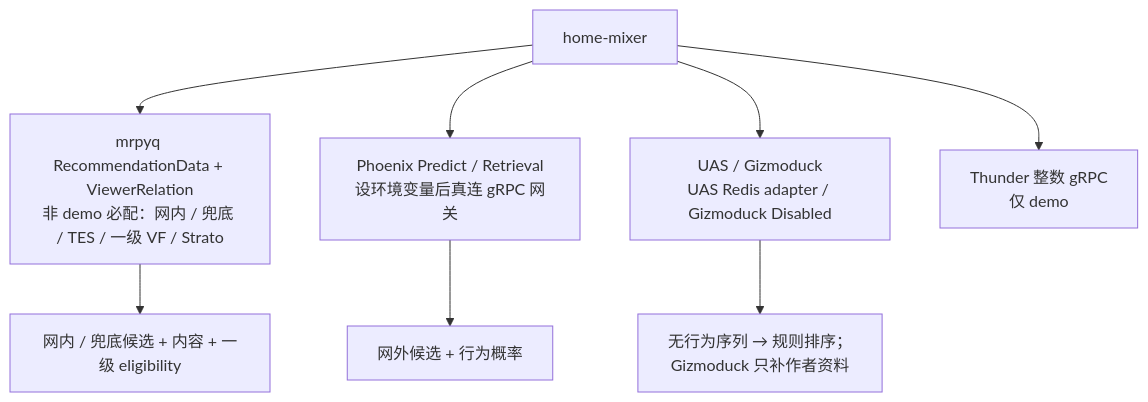
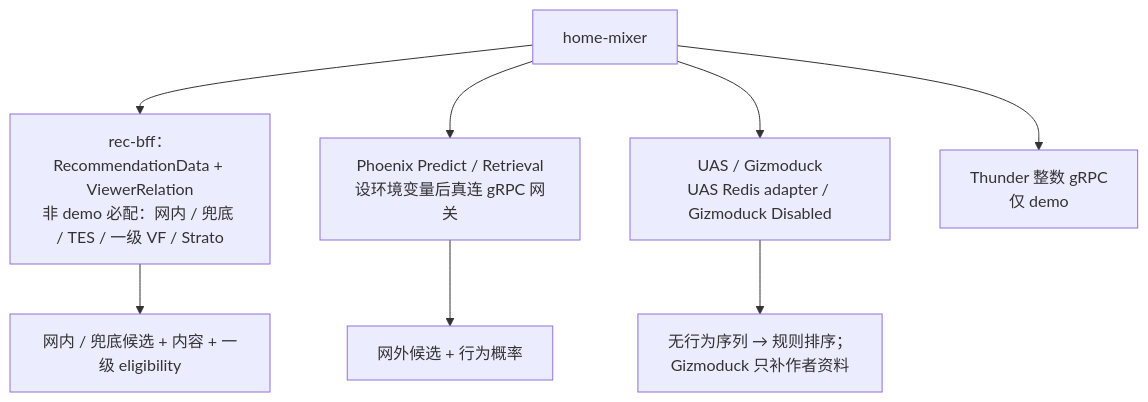
The third of 3 diagrams in docs/home-mixer/05-external-deps-and-contracts.md (freefcw/x-algorithm), drawn with Mermaid before and after one commit. The commit also changed other lines of this file and 9 other files, not shown here.

First line of the commit message:
docs: 对齐 rec-bff 门面架构与当日代码现状

````diff
--- a/docs/home-mixer/05-external-deps-and-contracts.md
+++ b/docs/home-mixer/05-external-deps-and-contracts.md
@@ -203,10 +205,10 @@
 ```mermaid
 flowchart TD
-    A["home-mixer"] --> M["mrpyq RecommendationData + ViewerRelation<br/>非 demo 必配：网内 / 兜底 / TES / 一级 VF / Strato"]
+    A["home-mixer"] --> M["rec-bff：RecommendationData + ViewerRelation<br/>非 demo 必配：网内 / 兜底 / TES / 一级 VF / Strato"]
     A --> P["Phoenix Predict / Retrieval<br/>设环境变量后真连 gRPC 网关"]
     A --> C["UAS / Gizmoduck<br/>UAS Redis adapter / Gizmoduck Disabled"]
     A --> T["Thunder 整数 gRPC<br/>仅 demo"]
     M --> D["网内 / 兜底候选 + 内容 + 一级 eligibility"]
     P --> E["网外候选 + 行为概率"]
     C --> F["无行为序列 → 规则排序；<br/>Gizmoduck 只补作者资料"]
 ```
````
